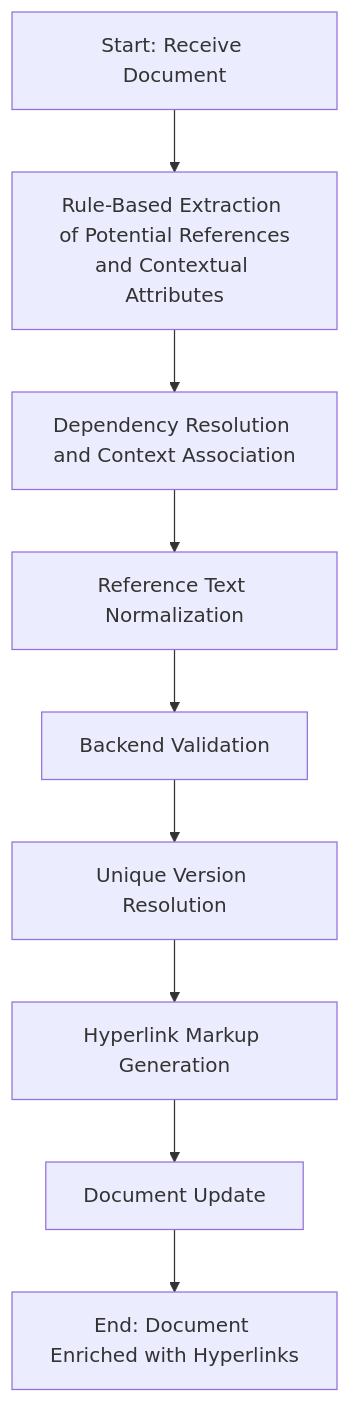
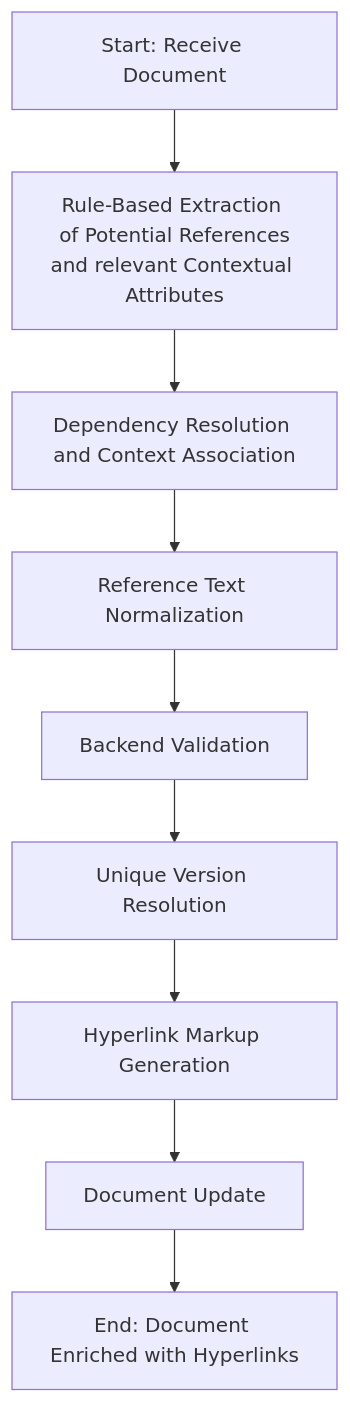
One commit to xbhel/momostack changed the diagram in hyperlink-recognition/python/docs/Hyperlink Recognition in Legal Documents.md. Above: the diagram before and after it, drawn with Mermaid. The commit also changed other lines of this file, not shown here.

````diff
--- a/hyperlink-recognition/python/docs/Hyperlink Recognition in Legal Documents.md
+++ b/hyperlink-recognition/python/docs/Hyperlink Recognition in Legal Documents.md
@@ -59,11 +59,11 @@
 ```mermaid
 flowchart TD
-    A[Start: Receive Document] --> B[Rule-Based Extraction of Potential References<br>and Contextual Attributes]
+    A[Start: Receive Document] --> B[Rule-Based Extraction of Potential References<br>and relevant Contextual Attributes]
     B --> C[Dependency Resolution and Context Association]
     C --> D[Reference Text Normalization]
     D --> E[Backend Validation]
     E --> F[Unique Version Resolution]
     F --> G[Hyperlink Markup Generation]
     G --> H[Document Update]
     H --> I[End: Document Enriched with Hyperlinks]
 ```
````
